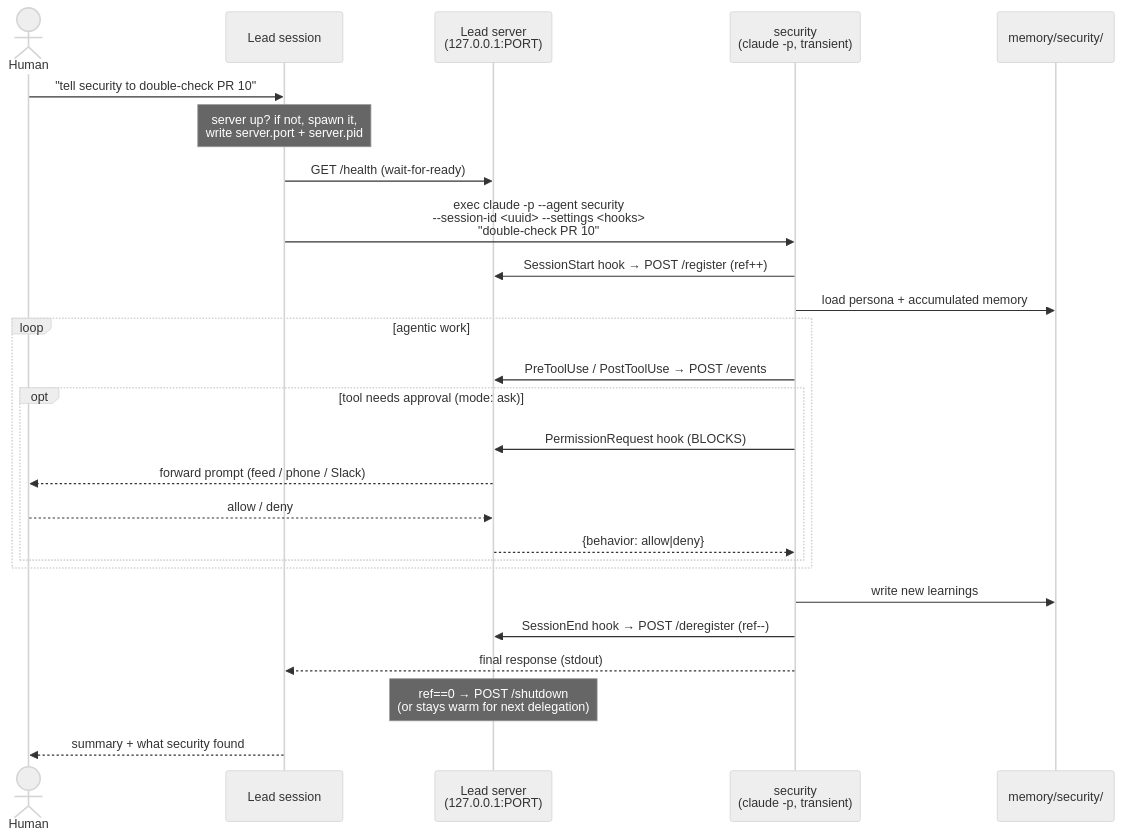
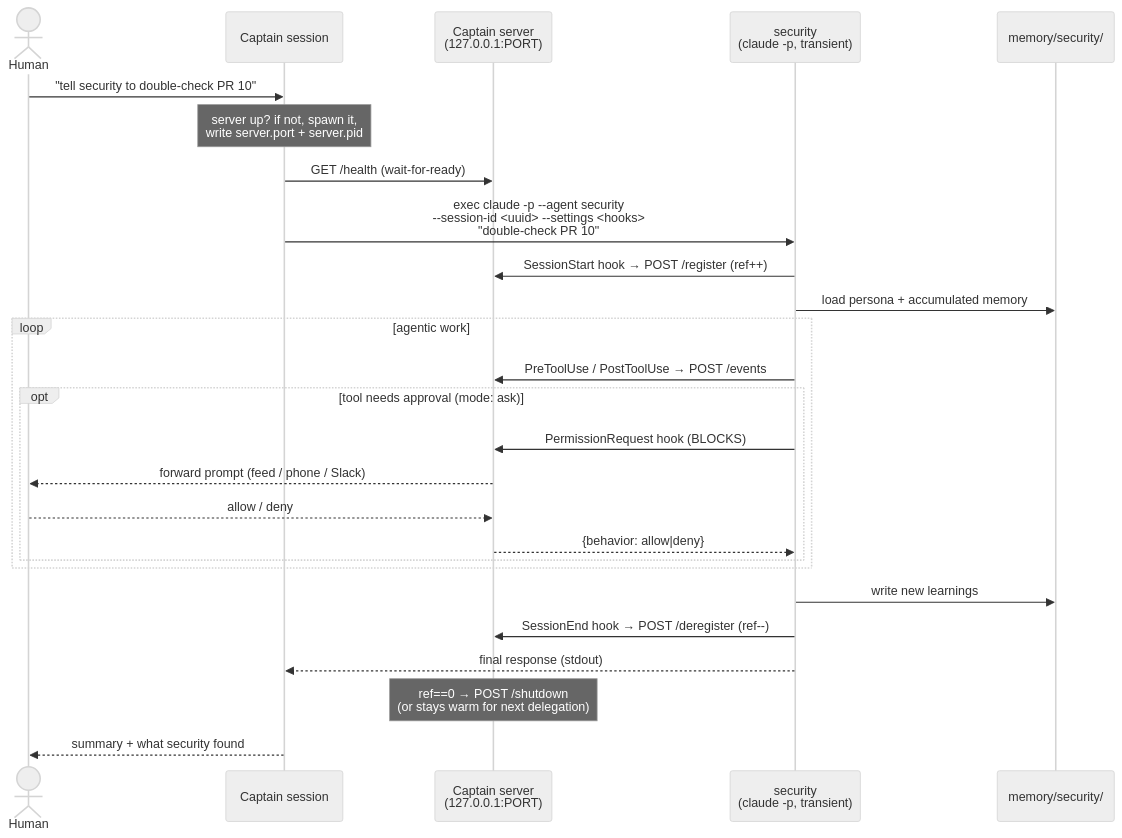
The second of 4 diagrams in docs/diagrams.md (luthermonson/shipmates), drawn with Mermaid (neutral theme) before and after one commit. The commit also changed other lines of this file and 50 other files, not shown here.

First line of the commit message:
refactor: bridge to Fleet Command, lead to Captain, add Commodore identity

````diff
--- a/docs/diagrams.md
+++ b/docs/diagrams.md
@@ -67,30 +67,30 @@
 ```mermaid
 sequenceDiagram
     actor Human
-    participant Lead as Lead session
-    participant Srv as Lead server<br/>(127.0.0.1:PORT)
+    participant Captain as Captain session
+    participant Srv as Captain server<br/>(127.0.0.1:PORT)
     participant Crew as security<br/>(claude -p, transient)
     participant Mem as memory/security/
 
-    Human->>Lead: "tell security to double-check PR 10"
-    Note over Lead: server up? if not, spawn it,<br/>write server.port + server.pid
-    Lead->>Srv: GET /health (wait-for-ready)
-    Lead->>Crew: exec claude -p --agent security<br/>--session-id <uuid> --settings <hooks><br/>"double-check PR 10"
+    Human->>Captain: "tell security to double-check PR 10"
+    Note over Captain: server up? if not, spawn it,<br/>write server.port + server.pid
+    Captain->>Srv: GET /health (wait-for-ready)
+    Captain->>Crew: exec claude -p --agent security<br/>--session-id <uuid> --settings <hooks><br/>"double-check PR 10"
 
     Crew->>Srv: SessionStart hook → POST /register (ref++)
     Crew->>Mem: load persona + accumulated memory
     loop agentic work
         Crew->>Srv: PreToolUse / PostToolUse → POST /events
         opt tool needs approval (mode: ask)
             Crew->>Srv: PermissionRequest hook (BLOCKS)
             Srv-->>Human: forward prompt (feed / phone / Slack)
             Human-->>Srv: allow / deny
             Srv-->>Crew: {behavior: allow|deny}
         end
     end
     Crew->>Mem: write new learnings
     Crew->>Srv: SessionEnd hook → POST /deregister (ref--)
-    Crew-->>Lead: final response (stdout)
+    Crew-->>Captain: final response (stdout)
     Note over Srv: ref==0 → POST /shutdown<br/>(or stays warm for next delegation)
-    Lead-->>Human: summary + what security found
+    Captain-->>Human: summary + what security found
 ```
````
